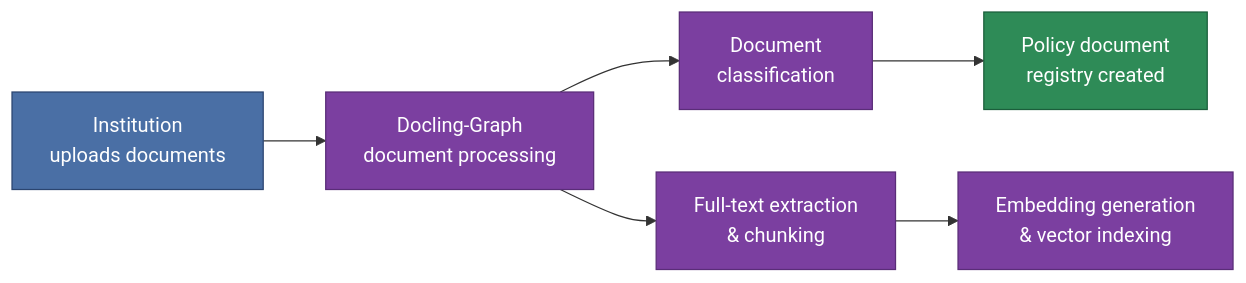
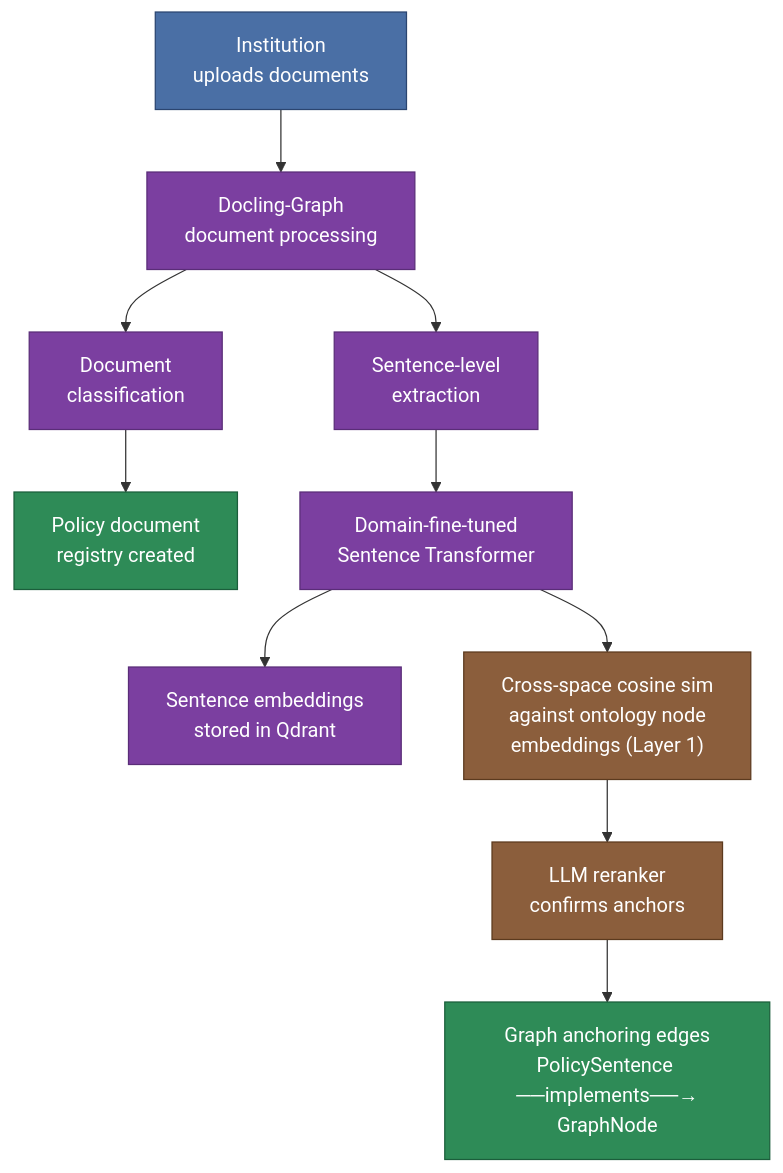
The seventh of 10 diagrams in src/docs/asciidoc/auditiq-product-architecture-delivery-plan/regulatory-compliance-and-policy-management/index.adoc (epieczko-re/audit-iq-docs), drawn with Mermaid before and after one commit. The commit also changed other lines of this file and 1 other file, not shown here.

First line of the commit message:
Add sentence transformer embedding architecture to Regulatory Compliance section

```diff
--- a/src/docs/asciidoc/auditiq-product-architecture-delivery-plan/regulatory-compliance-and-policy-management/index.adoc
+++ b/src/docs/asciidoc/auditiq-product-architecture-delivery-plan/regulatory-compliance-and-policy-management/index.adoc
@@ -532,16 +649,24 @@
 [mermaid]
 ----
-graph LR
+graph TD
   A["Institution<br/>uploads documents"] --> B["Docling-Graph<br/>document processing"]
   B --> C["Document<br/>classification"]
   C --> D["Policy document<br/>registry created"]
-  B --> E["Full-text extraction<br/>& chunking"]
-  E --> F["Embedding generation<br/>& vector indexing"]
+  B --> E["Sentence-level<br/>extraction"]
+  E --> F["Domain-fine-tuned<br/>Sentence Transformer"]
+  F --> G["Sentence embeddings<br/>stored in Qdrant"]
+  F --> H["Cross-space cosine sim<br/>against ontology node<br/>embeddings (Layer 1)"]
+  H --> I["LLM reranker<br/>confirms anchors"]
+  I --> J["Graph anchoring edges<br/>PolicySentence ──implements──→<br/>GraphNode"]
 
   style A fill:#4A6FA5,color:#fff,stroke:#2B4570
   style B fill:#7B3FA0,color:#fff,stroke:#5A2D78
   style C fill:#7B3FA0,color:#fff,stroke:#5A2D78
   style D fill:#2E8B57,color:#fff,stroke:#1B5E3B
   style E fill:#7B3FA0,color:#fff,stroke:#5A2D78
   style F fill:#7B3FA0,color:#fff,stroke:#5A2D78
+  style G fill:#7B3FA0,color:#fff,stroke:#5A2D78
+  style H fill:#8B5E3C,color:#fff,stroke:#5C3A1E
+  style I fill:#8B5E3C,color:#fff,stroke:#5C3A1E
+  style J fill:#2E8B57,color:#fff,stroke:#1B5E3B
 ----
```
